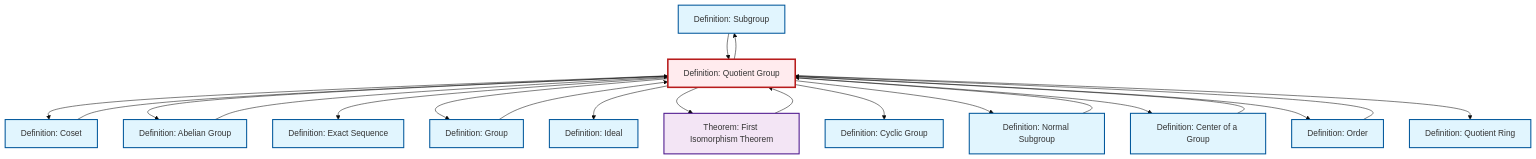
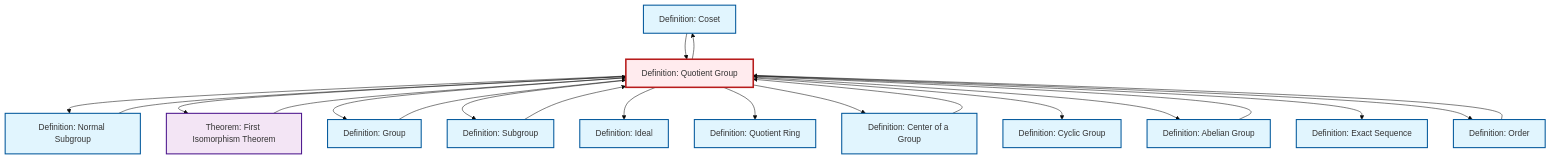
The diagram in content/en/algebra/def-quotient-group.qmd (RK0429/ModernMath), drawn with Mermaid (base theme) before and after one commit. The commit also changed other lines of this file and 328 other files, not shown here.

````diff
--- a/content/en/algebra/def-quotient-group.qmd
+++ b/content/en/algebra/def-quotient-group.qmd
@@ -150,55 +150,55 @@
 ```{mermaid}
 %%| fig-cap: "Local dependency graph"
 graph TD
     classDef definition fill:#e1f5fe,stroke:#01579b,stroke-width:2px
     classDef theorem fill:#f3e5f5,stroke:#4a148c,stroke-width:2px
     classDef axiom fill:#fff3e0,stroke:#e65100,stroke-width:2px
     classDef example fill:#e8f5e9,stroke:#1b5e20,stroke-width:2px
     classDef current fill:#ffebee,stroke:#b71c1c,stroke-width:3px
+    def-coset["Definition: Coset"]:::definition
+    def-ideal["Definition: Ideal"]:::definition
+    def-normal-subgroup["Definition: Normal Subgroup"]:::definition
+    def-order["Definition: Order"]:::definition
+    def-cyclic-group["Definition: Cyclic Group"]:::definition
     def-subgroup["Definition: Subgroup"]:::definition
-    def-normal-subgroup["Definition: Normal Subgroup"]:::definition
-    def-cyclic-group["Definition: Cyclic Group"]:::definition
-    def-order["Definition: Order"]:::definition
+    def-abelian-group["Definition: Abelian Group"]:::definition
+    def-group["Definition: Group"]:::definition
+    thm-first-isomorphism["Theorem: First Isomorphism Theorem"]:::theorem
+    def-quotient-ring["Definition: Quotient Ring"]:::definition
+    def-center-of-group["Definition: Center of a Group"]:::definition
     def-exact-sequence["Definition: Exact Sequence"]:::definition
     def-quotient-group["Definition: Quotient Group"]:::definition
-    thm-first-isomorphism["Theorem: First Isomorphism Theorem"]:::theorem
-    def-quotient-ring["Definition: Quotient Ring"]:::definition
-    def-ideal["Definition: Ideal"]:::definition
-    def-group["Definition: Group"]:::definition
-    def-coset["Definition: Coset"]:::definition
-    def-center-of-group["Definition: Center of a Group"]:::definition
-    def-abelian-group["Definition: Abelian Group"]:::definition
-    def-order --> def-quotient-group
-    def-quotient-group --> def-coset
+    def-subgroup --> def-quotient-group
+    def-quotient-group --> def-normal-subgroup
+    def-quotient-group --> thm-first-isomorphism
+    def-quotient-group --> def-group
+    def-center-of-group --> def-quotient-group
+    thm-first-isomorphism --> def-quotient-group
+    def-quotient-group --> def-subgroup
+    def-normal-subgroup --> def-quotient-group
+    def-quotient-group --> def-ideal
+    def-quotient-group --> def-quotient-ring
+    def-quotient-group --> def-center-of-group
+    def-quotient-group --> def-cyclic-group
+    def-coset --> def-quotient-group
+    def-abelian-group --> def-quotient-group
     def-quotient-group --> def-abelian-group
     def-quotient-group --> def-exact-sequence
-    def-center-of-group --> def-quotient-group
-    def-quotient-group --> def-group
-    def-coset --> def-quotient-group
-    def-subgroup --> def-quotient-group
-    def-quotient-group --> def-ideal
-    thm-first-isomorphism --> def-quotient-group
-    def-quotient-group --> thm-first-isomorphism
-    def-quotient-group --> def-cyclic-group
-    def-quotient-group --> def-normal-subgroup
-    def-quotient-group --> def-center-of-group
+    def-group --> def-quotient-group
+    def-quotient-group --> def-coset
+    def-order --> def-quotient-group
     def-quotient-group --> def-order
-    def-quotient-group --> def-subgroup
-    def-normal-subgroup --> def-quotient-group
-    def-quotient-group --> def-quotient-ring
-    def-abelian-group --> def-quotient-group
-    def-group --> def-quotient-group
     class def-quotient-group current
+    click def-coset "def-coset.html" "Go to Coset definition"
+    click def-ideal "def-ideal.html" "Go to Ideal definition"
+    click def-normal-subgroup "def-normal-subgroup.html" "Go to Normal Subgroup definition"
+    click def-order "def-order.html" "Go to Order definition"
+    click def-cyclic-group "def-cyclic-group.html" "Go to Cyclic Group definition"
     click def-subgroup "def-subgroup.html" "Go to Subgroup definition"
-    click def-normal-subgroup "def-normal-subgroup.html" "Go to Normal Subgroup definition"
-    click def-cyclic-group "def-cyclic-group.html" "Go to Cyclic Group definition"
-    click def-order "def-order.html" "Go to Order definition"
-    click def-exact-sequence "def-exact-sequence.html" "Go to Exact Sequence definition"
+    click def-abelian-group "def-abelian-group.html" "Go to Abelian Group definition"
+    click def-group "def-group.html" "Go to Group definition"
     click thm-first-isomorphism "thm-first-isomorphism.html" "Go to First Isomorphism Theorem theorem"
     click def-quotient-ring "def-quotient-ring.html" "Go to Quotient Ring definition"
-    click def-ideal "def-ideal.html" "Go to Ideal definition"
-    click def-group "def-group.html" "Go to Group definition"
-    click def-coset "def-coset.html" "Go to Coset definition"
     click def-center-of-group "def-center-of-group.html" "Go to Center of a Group definition"
-    click def-abelian-group "def-abelian-group.html" "Go to Abelian Group definition"
+    click def-exact-sequence "def-exact-sequence.html" "Go to Exact Sequence definition"
 ```
````
